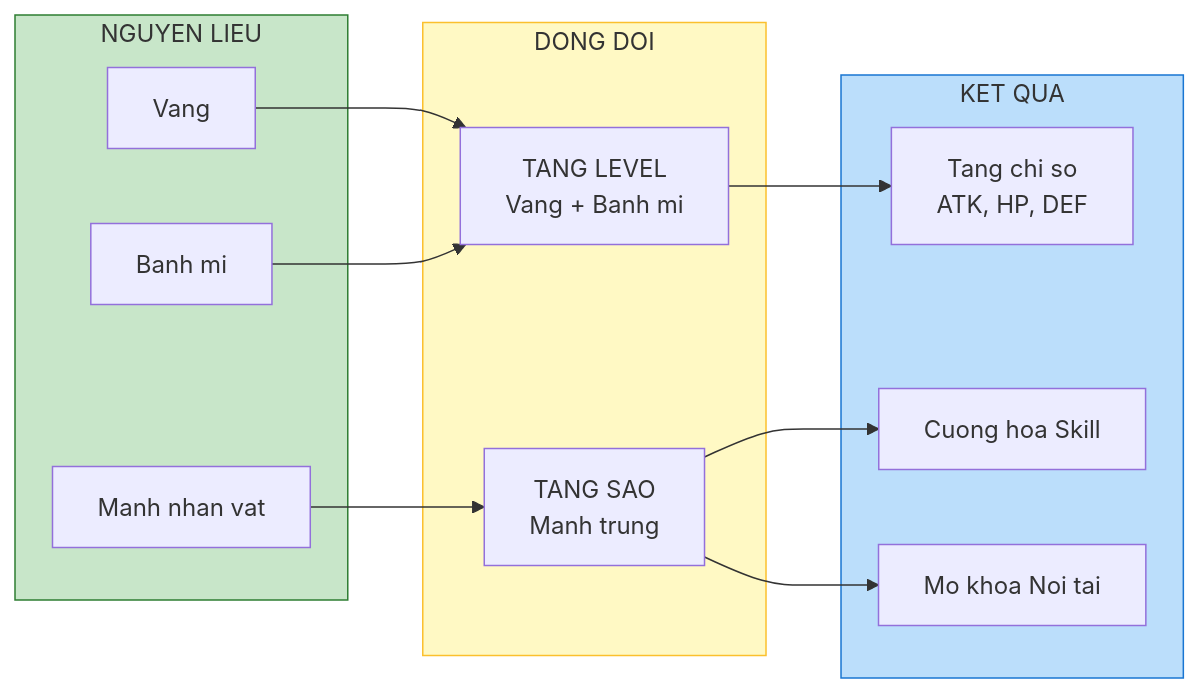
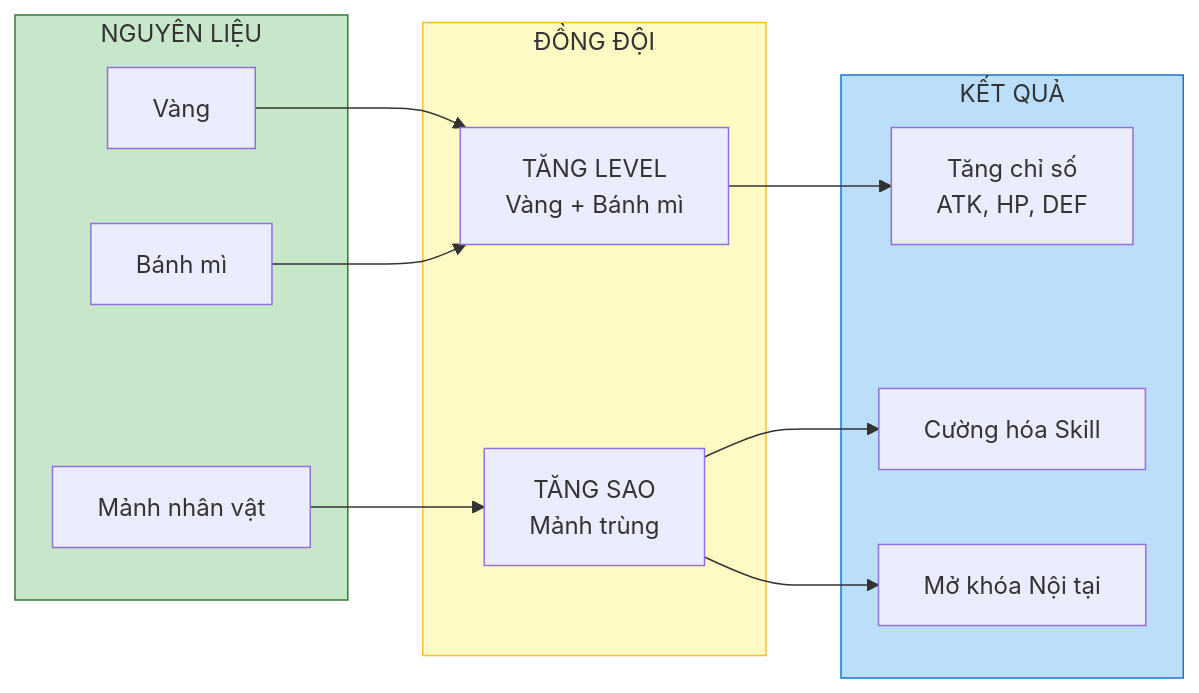
One commit to luantran-working/idlegame-designdocs changed the diagram in docs/he-thong-dong-doi.md. Above: the diagram before and after it, drawn with Mermaid. The commit also changed 16 other files, not shown here.

Commit message:
feat: Introduce extensive game design documentation covering game systems, UI, and roadmap, and enable Mermaid diagram support in Docusaurus.

````diff
--- a/docs/he-thong-dong-doi.md
+++ b/docs/he-thong-dong-doi.md
@@ -88,31 +88,31 @@
 ```mermaid
 flowchart LR
-    subgraph Resources["NGUYEN LIEU"]
-        Gold["Vang"]
-        Bread["Banh mi"]
-        Shard["Manh nhan vat"]
+    subgraph Resources["NGUYÊN LIỆU"]
+        Gold["Vàng"]
+        Bread["Bánh mì"]
+        Shard["Mảnh nhân vật"]
     end
 
-    subgraph Hero["DONG DOI"]
-        LvUp["TANG LEVEL<br/>Vang + Banh mi"]
-        StarUp["TANG SAO<br/>Manh trung"]
+    subgraph Hero["ĐỒNG ĐỘI"]
+        LvUp["TĂNG LEVEL<br/>Vàng + Bánh mì"]
+        StarUp["TĂNG SAO<br/>Mảnh trùng"]
     end
 
-    subgraph Result["KET QUA"]
-        Stats["Tang chi so<br/>ATK, HP, DEF"]
-        SkillUp["Cuong hoa Skill"]
-        Passive["Mo khoa Noi tai"]
+    subgraph Result["KẾT QUẢ"]
+        Stats["Tăng chỉ số<br/>ATK, HP, DEF"]
+        SkillUp["Cường hóa Skill"]
+        Passive["Mở khóa Nội tại"]
     end
 
     Gold --> LvUp
     Bread --> LvUp
     Shard --> StarUp
 
     LvUp --> Stats
     StarUp --> SkillUp
     StarUp --> Passive
 
     style Resources fill:#c8e6c9,stroke:#2e7d32
     style Hero fill:#fff9c4,stroke:#fbc02d
     style Result fill:#bbdefb,stroke:#1976d2
 ```
````
